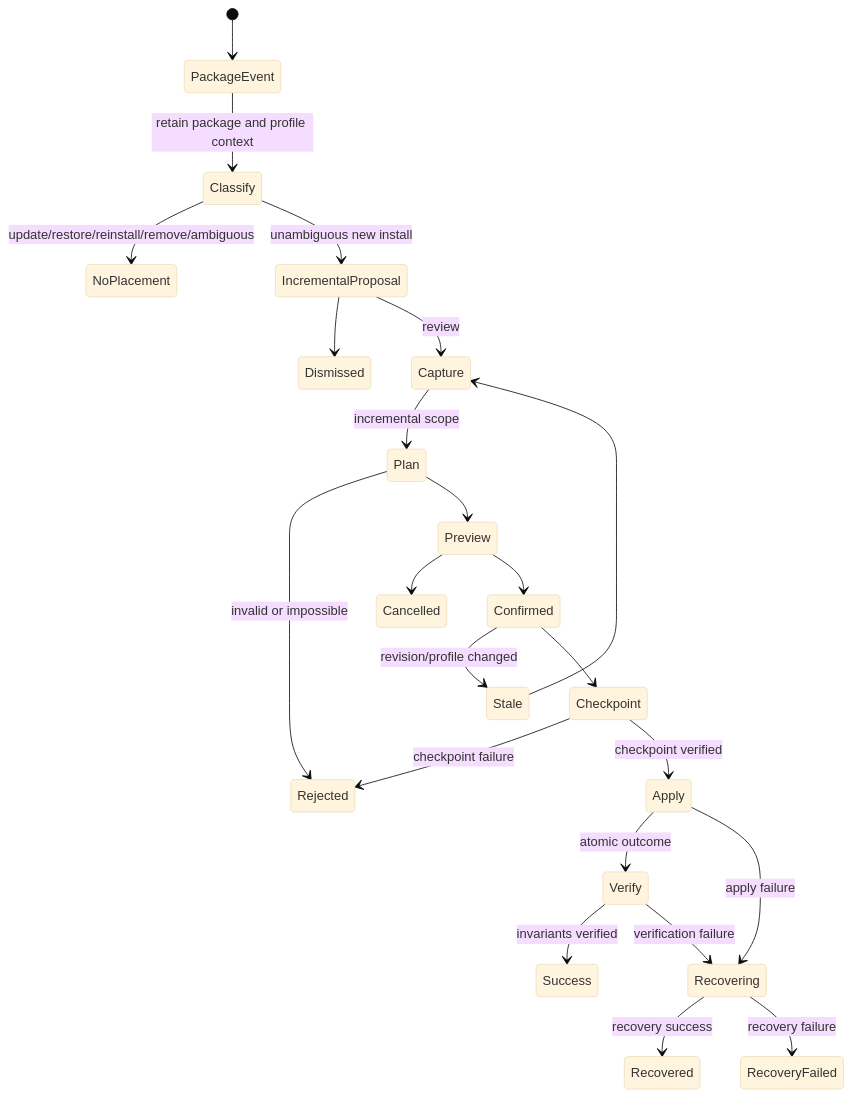
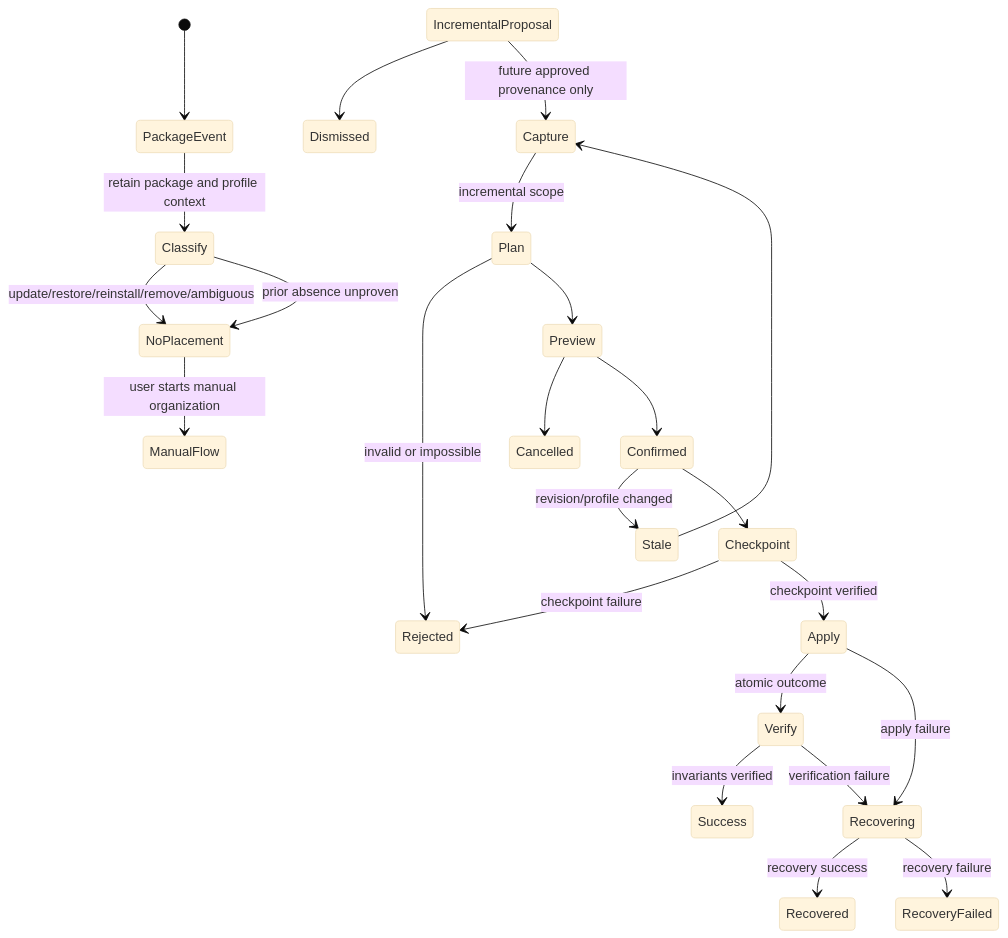
One commit to nunu1733/NunuLauncher changed the third of 3 diagrams in docs/product/organization-run-ux.md. Above: the diagram before and after it, drawn with Mermaid (base theme). The commit also changed other lines of this file and 6 other files, not shown here.

Commit message:
docs: disable incremental eligibility without install history

````diff
--- a/docs/product/organization-run-ux.md
+++ b/docs/product/organization-run-ux.md
@@ -100,25 +100,26 @@
 ```mermaid
 stateDiagram-v2
     [*] --> PackageEvent
     PackageEvent --> Classify: retain package and profile context
     Classify --> NoPlacement: update/restore/reinstall/remove/ambiguous
-    Classify --> IncrementalProposal: unambiguous new install
+    Classify --> NoPlacement: prior absence unproven
+    NoPlacement --> ManualFlow: user starts manual organization
     IncrementalProposal --> Dismissed
-    IncrementalProposal --> Capture: review
+    IncrementalProposal --> Capture: future approved provenance only
     Capture --> Plan: incremental scope
     Plan --> Rejected: invalid or impossible
     Plan --> Preview
     Preview --> Cancelled
     Preview --> Confirmed
     Confirmed --> Stale: revision/profile changed
     Stale --> Capture
     Confirmed --> Checkpoint
     Checkpoint --> Rejected: checkpoint failure
     Checkpoint --> Apply: checkpoint verified
     Apply --> Verify: atomic outcome
     Apply --> Recovering: apply failure
     Verify --> Success: invariants verified
     Verify --> Recovering: verification failure
     Recovering --> Recovered: recovery success
     Recovering --> RecoveryFailed: recovery failure
 ```
````
